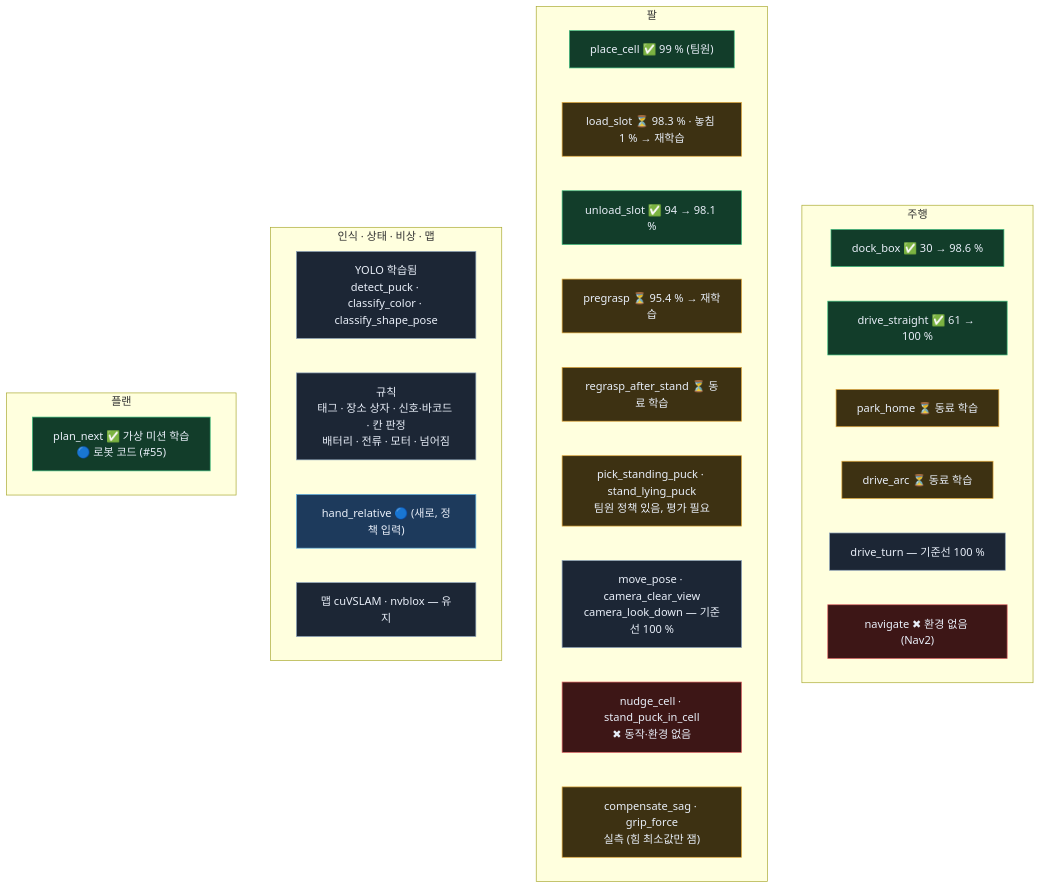
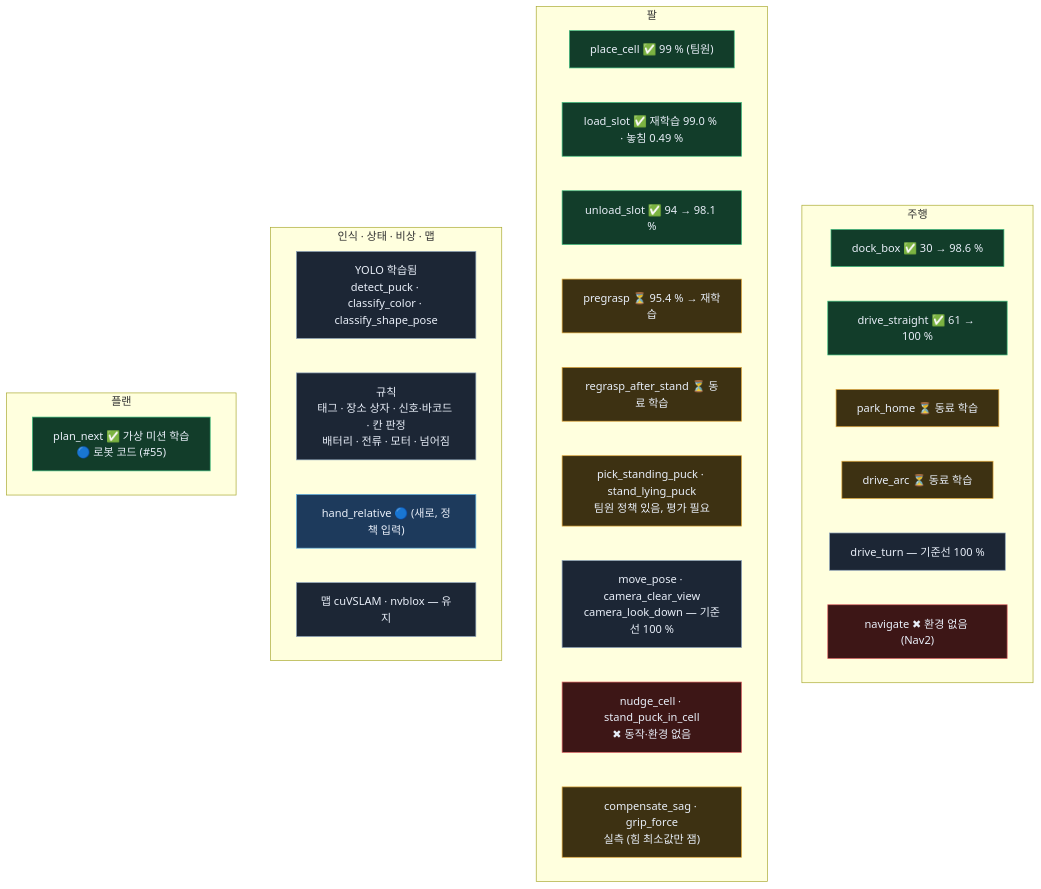
Before and after one commit to JuneKunst/JuneKunst.github.io: the seventh of 9 diagrams in bee/system-map.md, drawn with Mermaid. The commit also changed other lines of this file and 5 other files, not shown here.

Commit message:
docs: bee load_slot 재학습 결과 (99.0 % · 놓침 0.49 %)

````diff
--- a/bee/system-map.md
+++ b/bee/system-map.md
@@ -280,36 +280,36 @@
 ```mermaid
 flowchart TB
   subgraph g4_DRIVE["주행"]
     g4_d1["dock_box ✅ 30 → 98.6 %"]:::ok
     g4_d2["drive_straight ✅ 61 → 100 %"]:::ok
     g4_d3["park_home ⏳ 동료 학습"]:::wip
     g4_d4["drive_arc ⏳ 동료 학습"]:::wip
     g4_d5["drive_turn — 기준선 100 %"]:::keep
     g4_d6["navigate ✖ 환경 없음 (Nav2)"]:::no
   end
   subgraph g4_ARM["팔"]
     g4_a1["place_cell ✅ 99 % (팀원)"]:::ok
-    g4_a2["load_slot ⏳ 98.3 % · 놓침 1 % → 재학습"]:::wip
+    g4_a2["load_slot ✅ 재학습 99.0 % · 놓침 0.49 %"]:::ok
     g4_a3["unload_slot ✅ 94 → 98.1 %"]:::ok
     g4_a4["pregrasp ⏳ 95.4 % → 재학습"]:::wip
     g4_a5["regrasp_after_stand ⏳ 동료 학습"]:::wip
     g4_a6["pick_standing_puck · stand_lying_puck<br/>팀원 정책 있음, 평가 필요"]:::wip
     g4_a7["move_pose · camera_clear_view<br/>camera_look_down — 기준선 100 %"]:::keep
     g4_a8["nudge_cell · stand_puck_in_cell<br/>✖ 동작·환경 없음"]:::no
     g4_a9["compensate_sag · grip_force<br/>실측 (힘 최소값만 잼)"]:::wip
   end
   subgraph g4_SENSE["인식 · 상태 · 비상 · 맵"]
     g4_s1["YOLO 학습됨<br/>detect_puck · classify_color · classify_shape_pose"]:::keep
     g4_s2["규칙<br/>태그 · 장소 상자 · 신호·바코드 · 칸 판정<br/>배터리 · 전류 · 모터 · 넘어짐"]:::keep
     g4_s3["hand_relative 🔵 (새로, 정책 입력)"]:::code
     g4_s4["맵 cuVSLAM · nvblox — 유지"]:::keep
   end
   subgraph g4_PLANS["플랜"]
     g4_p1["plan_next ✅ 가상 미션 학습<br/>🔵 로봇 코드 (#55)"]:::ok
   end
   classDef ok fill:#123d2a,stroke:#3fbf7f,color:#e8eef8
   classDef code fill:#1d3a5c,stroke:#67b7e8,color:#e8eef8
   classDef wip fill:#3d3112,stroke:#e2a83a,color:#e8eef8
   classDef no fill:#3d1616,stroke:#e06666,color:#e8eef8
   classDef keep fill:#1c2635,stroke:#8aa0b8,color:#e8eef8
 ```
````
